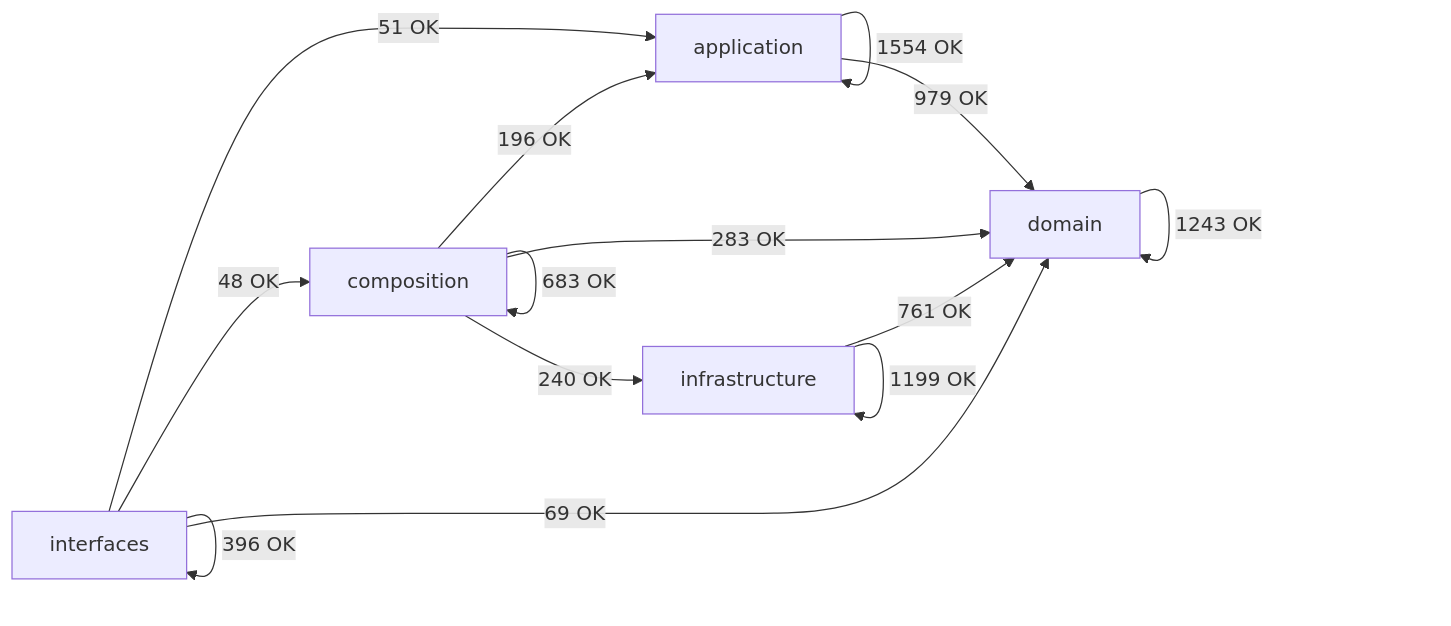
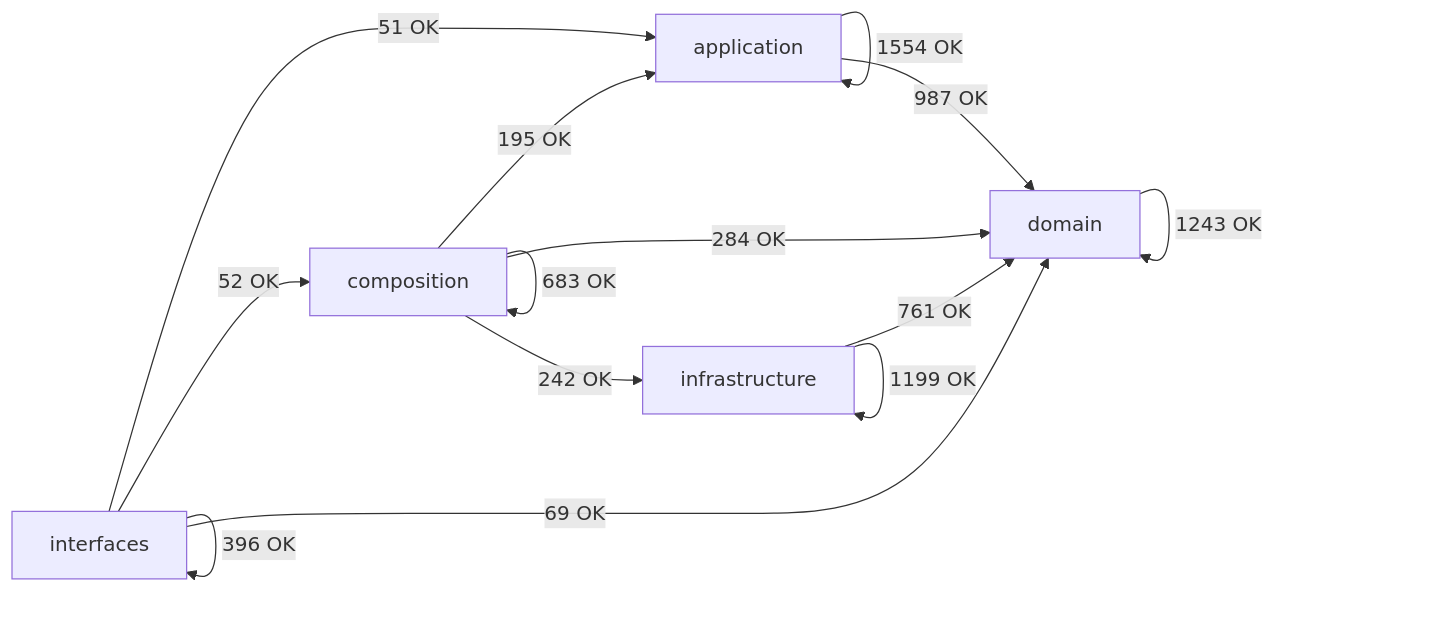
Before and after one commit to SatoryKono/BioactivityDataAcquisition: the diagram in docs/02-architecture/generated/module-dependency-map.md, drawn with Mermaid. The commit also changed other lines of this file and 51 other files, not shown here.

Commit message:
fix(storage): inject report stores and align architecture views

````diff
--- a/docs/02-architecture/generated/module-dependency-map.md
+++ b/docs/02-architecture/generated/module-dependency-map.md
@@ -17,21 +17,21 @@
 ```mermaid
 flowchart LR
     domain[domain]
     application[application]
     infrastructure[infrastructure]
     composition[composition]
     interfaces[interfaces]
     application -->|1554 OK| application
-    application -->|979 OK| domain
-    composition -->|196 OK| application
+    application -->|987 OK| domain
+    composition -->|195 OK| application
     composition -->|683 OK| composition
-    composition -->|283 OK| domain
-    composition -->|240 OK| infrastructure
+    composition -->|284 OK| domain
+    composition -->|242 OK| infrastructure
     domain -->|1243 OK| domain
     infrastructure -->|761 OK| domain
     infrastructure -->|1199 OK| infrastructure
     interfaces -->|51 OK| application
-    interfaces -->|48 OK| composition
+    interfaces -->|52 OK| composition
     interfaces -->|69 OK| domain
     interfaces -->|396 OK| interfaces
 ```
````
